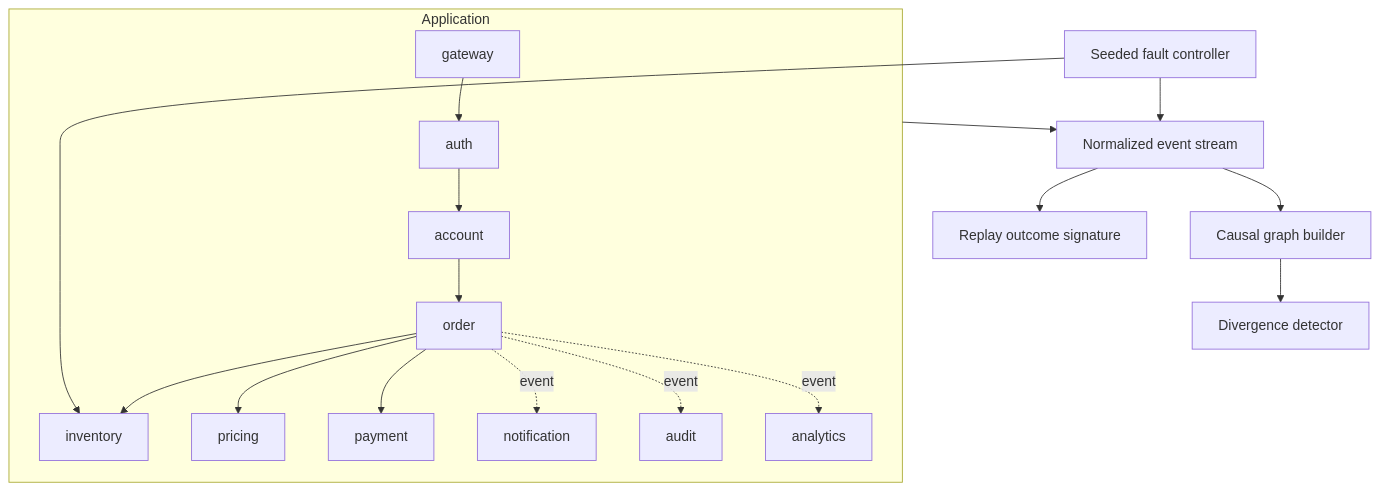
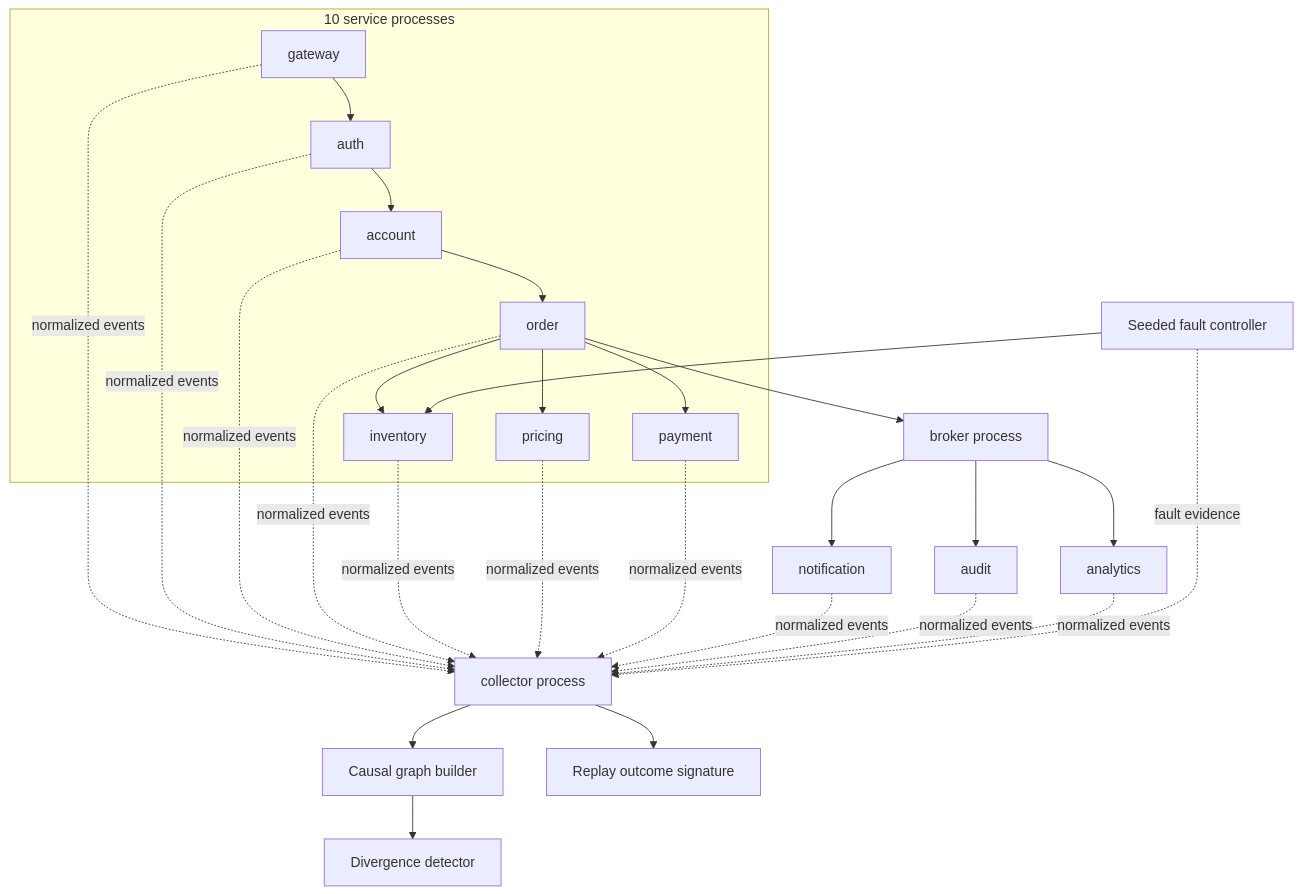
The first of 2 diagrams in ARCHITECTURE.md (yjr28/kestrel-replay), drawn with Mermaid before and after one commit. The commit also changed other lines of this file and 23 other files, not shown here.

Commit message:
feat: add multi-process telemetry replay slice

````diff
--- a/ARCHITECTURE.md
+++ b/ARCHITECTURE.md
@@ -18,19 +18,32 @@
 ```mermaid
 flowchart TB
-    subgraph Application
+    subgraph Services[10 service processes]
       G[gateway] --> A[auth] --> AC[account] --> O[order]
       O --> I[inventory]
       O --> P[pricing]
       O --> PAY[payment]
-      O -. event .-> N[notification]
-      O -. event .-> AU[audit]
-      O -. event .-> AN[analytics]
     end
 
+    O --> B[broker process]
+    B --> N[notification]
+    B --> AU[audit]
+    B --> AN[analytics]
+
     F[Seeded fault controller] --> I
-    Application --> E[Normalized event stream]
-    F --> E
-    E --> CG[Causal graph builder]
+
+    G -. normalized events .-> C[collector process]
+    A -. normalized events .-> C
+    AC -. normalized events .-> C
+    O -. normalized events .-> C
+    I -. normalized events .-> C
+    P -. normalized events .-> C
+    PAY -. normalized events .-> C
+    N -. normalized events .-> C
+    AU -. normalized events .-> C
+    AN -. normalized events .-> C
+    F -. fault evidence .-> C
+
+    C --> CG[Causal graph builder]
     CG --> D[Divergence detector]
-    E --> R[Replay outcome signature]
+    C --> R[Replay outcome signature]
 ```
````
